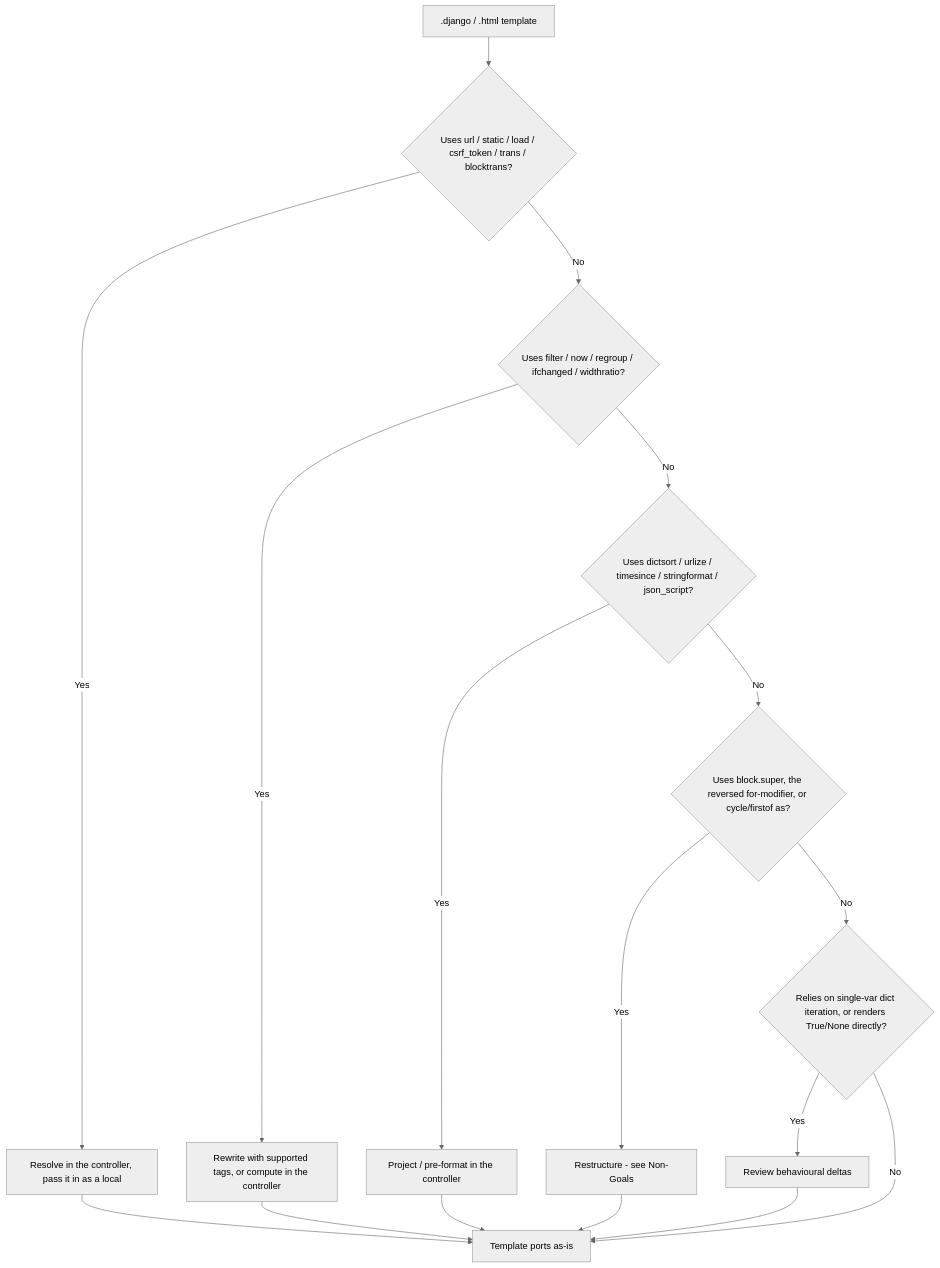
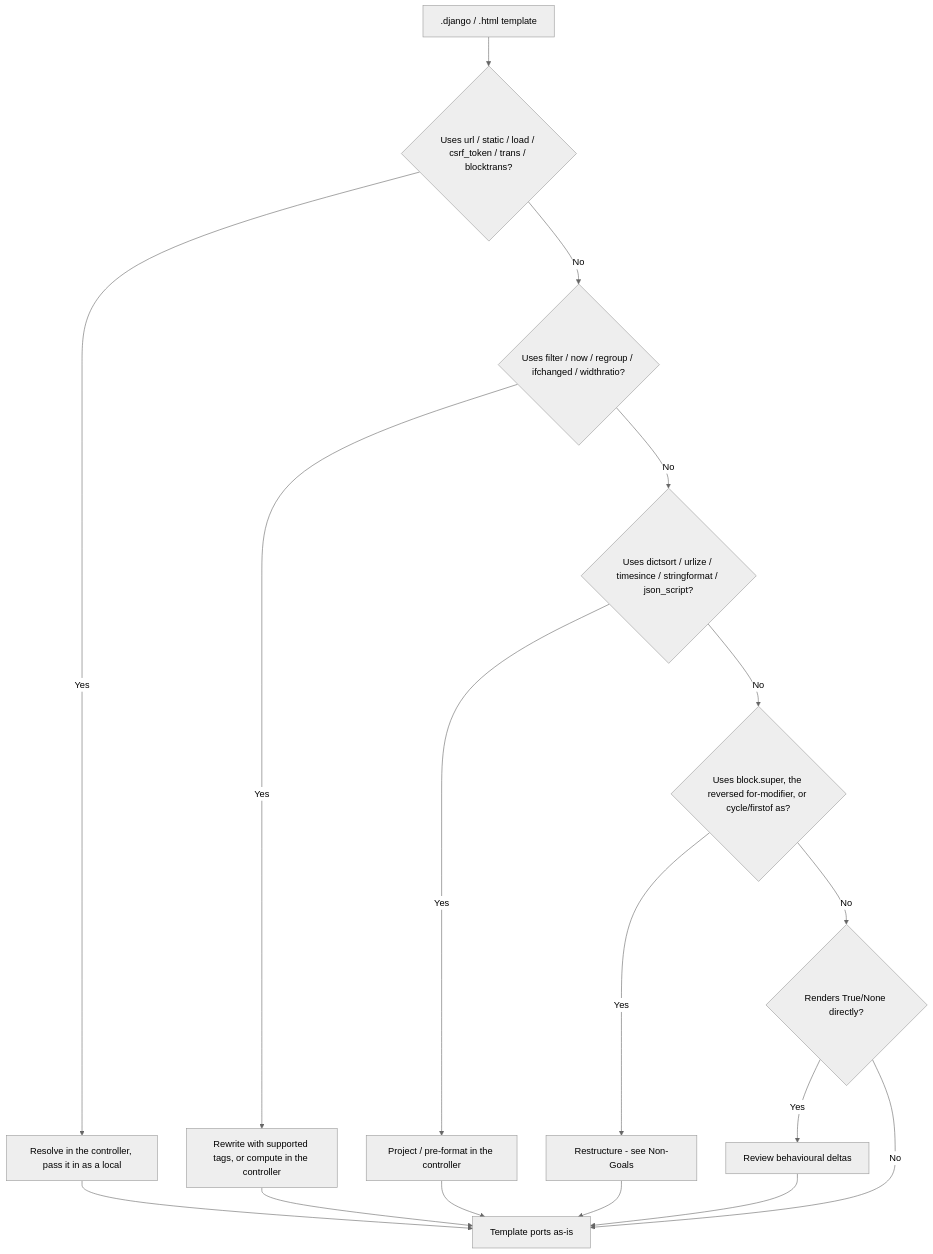
The diagram in docs/templating/django/migration.mdx (gina-io/docs), drawn with Mermaid (neutral theme) before and after one commit. The commit also changed other lines of this file and 2 other files, not shown here.

````diff
--- a/docs/templating/django/migration.mdx
+++ b/docs/templating/django/migration.mdx
@@ -23,19 +23,19 @@
 ```mermaid
 flowchart TD
   A[.django / .html template] --> B{Uses url / static / load / csrf_token / trans / blocktrans?}
   B -->|Yes| F[Resolve in the controller, pass it in as a local]
   B -->|No| C{Uses filter / now / regroup / ifchanged / widthratio?}
   C -->|Yes| G[Rewrite with supported tags, or compute in the controller]
   C -->|No| D{Uses dictsort / urlize / timesince / stringformat / json_script?}
   D -->|Yes| H[Project / pre-format in the controller]
   D -->|No| E{Uses block.super, the reversed for-modifier, or cycle/firstof as?}
   E -->|Yes| I[Restructure - see Non-Goals]
-  E -->|No| J{Relies on single-var dict iteration, or renders True/None directly?}
+  E -->|No| J{Renders True/None directly?}
   J -->|Yes| K[Review behavioural deltas]
   J -->|No| OK[Template ports as-is]
   F --> OK
   G --> OK
   H --> OK
   I --> OK
   K --> OK
 ```
````
